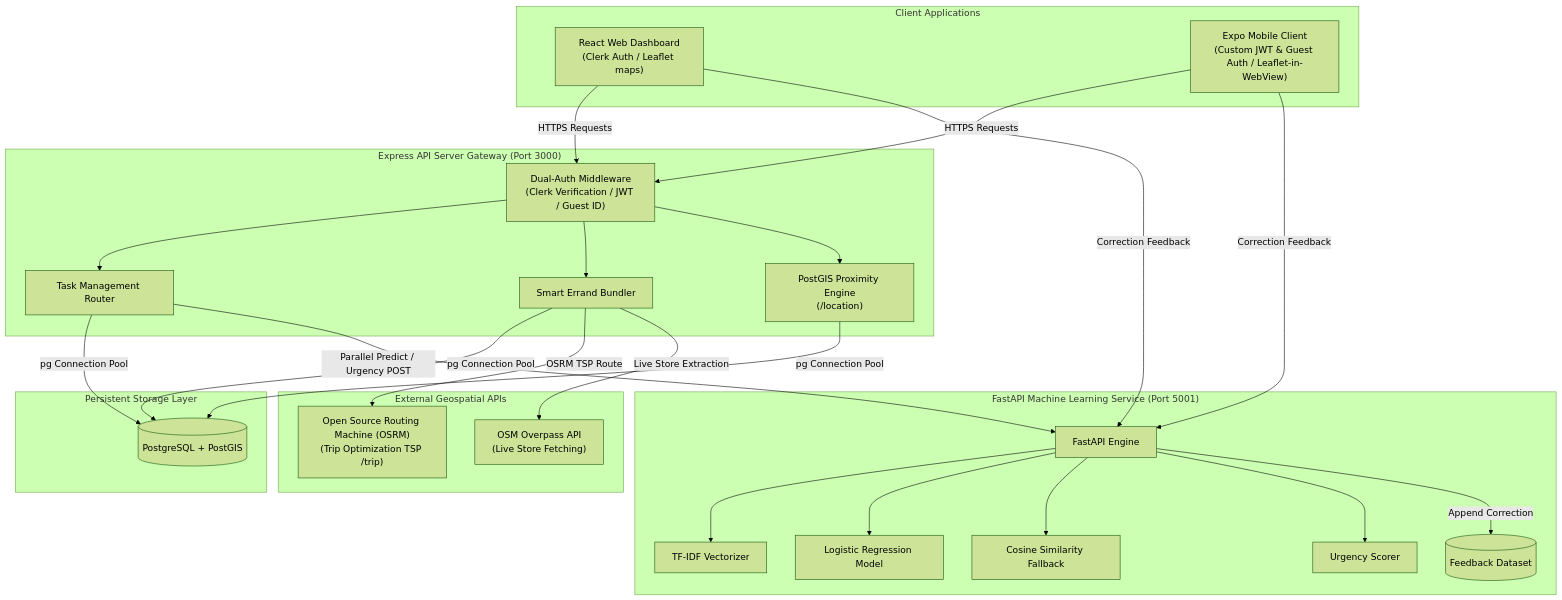
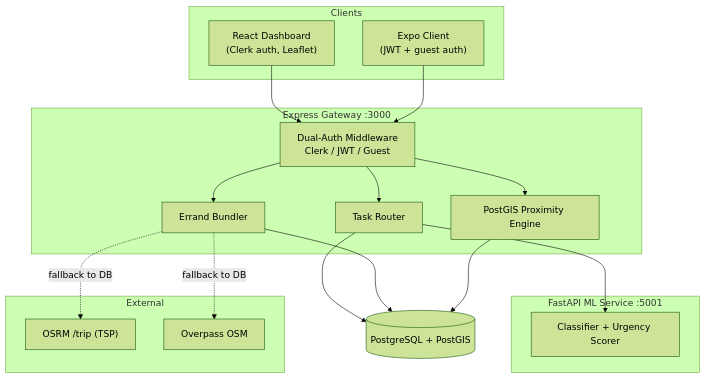
The diagram in README.md (chavaliadi/geomind), drawn with Mermaid (forest theme) before and after one commit. The commit also changed other lines of this file, not shown here.

````diff
--- a/README.md
+++ b/README.md
@@ -11,48 +42,32 @@
 ```mermaid
 graph TD
-    %% Clients
-    subgraph Clients ["Client Applications"]
-        Web["React Web Dashboard<br/>(Clerk Auth / Leaflet maps)"]
-        Mobile["Expo Mobile Client<br/>(Custom JWT & Guest Auth / Leaflet-in-WebView)"]
+    subgraph Clients
+        Web["React Dashboard<br/>(Clerk auth, Leaflet)"]
+        Mobile["Expo Client<br/>(JWT + guest auth)"]
     end
 
-    %% Gateway / API
-    subgraph Backend ["Express API Server Gateway (Port 3000)"]
-        AuthMid["Dual-Auth Middleware<br/>(Clerk Verification / JWT / Guest ID)"]
-        TaskEnd["Task Management Router"]
-        BundleRouter["Smart Errand Bundler"]
-        GeoTrigger["PostGIS Proximity Engine<br/>(/location)"]
+    subgraph Backend ["Express Gateway :3000"]
+        AuthMid["Dual-Auth Middleware<br/>Clerk / JWT / Guest"]
+        TaskEnd["Task Router"]
+        BundleRouter["Errand Bundler"]
+        GeoTrigger["PostGIS Proximity Engine"]
     end
 
-    %% Databases
-    subgraph Storage ["Persistent Storage Layer"]
-        DB[(PostgreSQL + PostGIS)]
+    DB[(PostgreSQL + PostGIS)]
+
+    subgraph MLService ["FastAPI ML Service :5001"]
+        MLApp["Classifier + Urgency Scorer"]
     end
 
-    %% ML Microservice
-    subgraph MLService ["FastAPI Machine Learning Service (Port 5001)"]
-        MLApp["FastAPI Engine"]
-        Vectorizer["TF-IDF Vectorizer"]
-        Classifier["Logistic Regression Model"]
-        Similarity["Cosine Similarity Fallback"]
-        Urgency["Urgency Scorer"]
-        FeedbackData[(Feedback Dataset)]
+    subgraph External
+        OSRM["OSRM /trip (TSP)"]
+        Overpass["Overpass OSM"]
     end
 
-    %% External Data
-    subgraph GeospatialProviders ["External Geospatial APIs"]
-        OSRM["Open Source Routing Machine (OSRM)<br/>(Trip Optimization TSP /trip)"]
-        Overpass["OSM Overpass API<br/>(Live Store Fetching)"]
-    end
-
-    %% Relations
-    Web & Mobile -->|HTTPS Requests| AuthMid
+    Web & Mobile --> AuthMid
     AuthMid --> TaskEnd & BundleRouter & GeoTrigger
-    TaskEnd & BundleRouter & GeoTrigger -->|pg Connection Pool| DB
-    TaskEnd -->|Parallel Predict / Urgency POST| MLApp
-    MLApp --> Vectorizer & Classifier & Similarity & Urgency
-    BundleRouter -->|OSRM TSP Route| OSRM
-    BundleRouter -->|Live Store Extraction| Overpass
-    Web & Mobile -->|Correction Feedback| MLApp
-    MLApp -->|Append Correction| FeedbackData
+    TaskEnd & BundleRouter & GeoTrigger --> DB
+    TaskEnd --> MLApp
+    BundleRouter -.->|fallback to DB| OSRM
+    BundleRouter -.->|fallback to DB| Overpass
 ```
````
